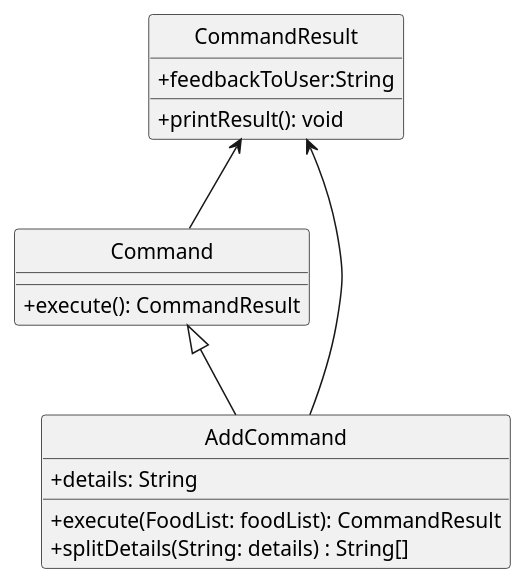
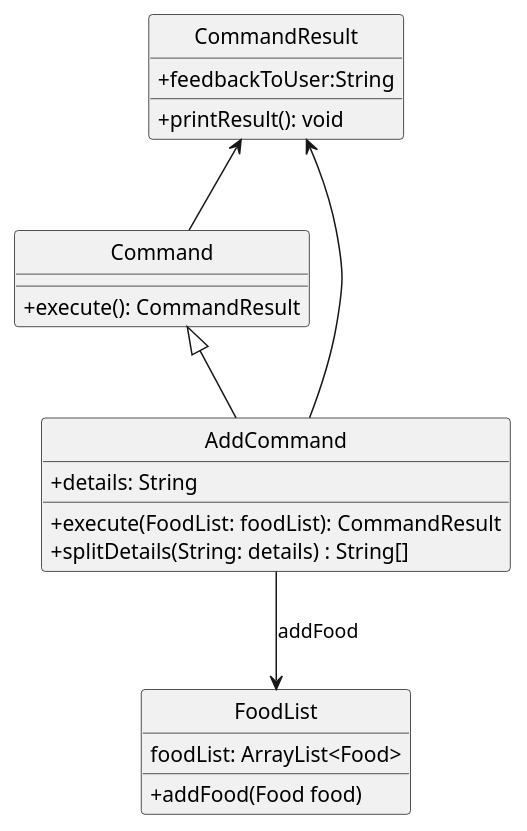
Before and after one commit to tsx0314/tp: the diagram in docs/puml/AddCommandClassDiagram.puml, drawn with PlantUML. The commit also changed 1 other file, not shown here.

Commit message:
Update Class Diagram

```diff
--- a/docs/puml/AddCommandClassDiagram.puml
+++ b/docs/puml/AddCommandClassDiagram.puml
@@ -1,24 +1,29 @@
 @startuml
 'https://plantuml.com/class-diagram
 
 hide circle
 skinparam classAttributeIconSize 0
 
 class Command {
     +execute(): CommandResult
 }
 class AddCommand {
     +details: String
     +execute(FoodList: foodList): CommandResult
     +splitDetails(String: details) : String[]
 }
 class CommandResult {
     +feedbackToUser:String
     +printResult(): void
 }
 
+class FoodList {
+    +addFood(Food food)
+    foodList: ArrayList<Food>
+}
+AddCommand --> FoodList : addFood
 Command <|-- AddCommand
 CommandResult <-- AddCommand
 CommandResult <-- Command
 
 @enduml
```
